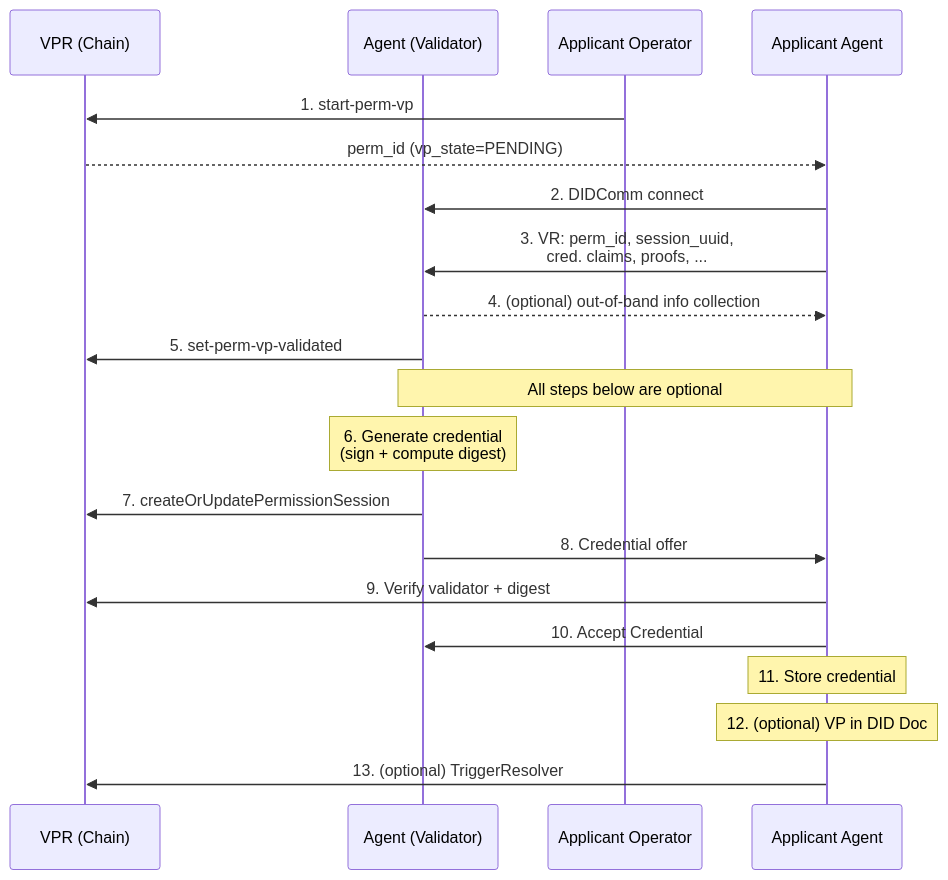
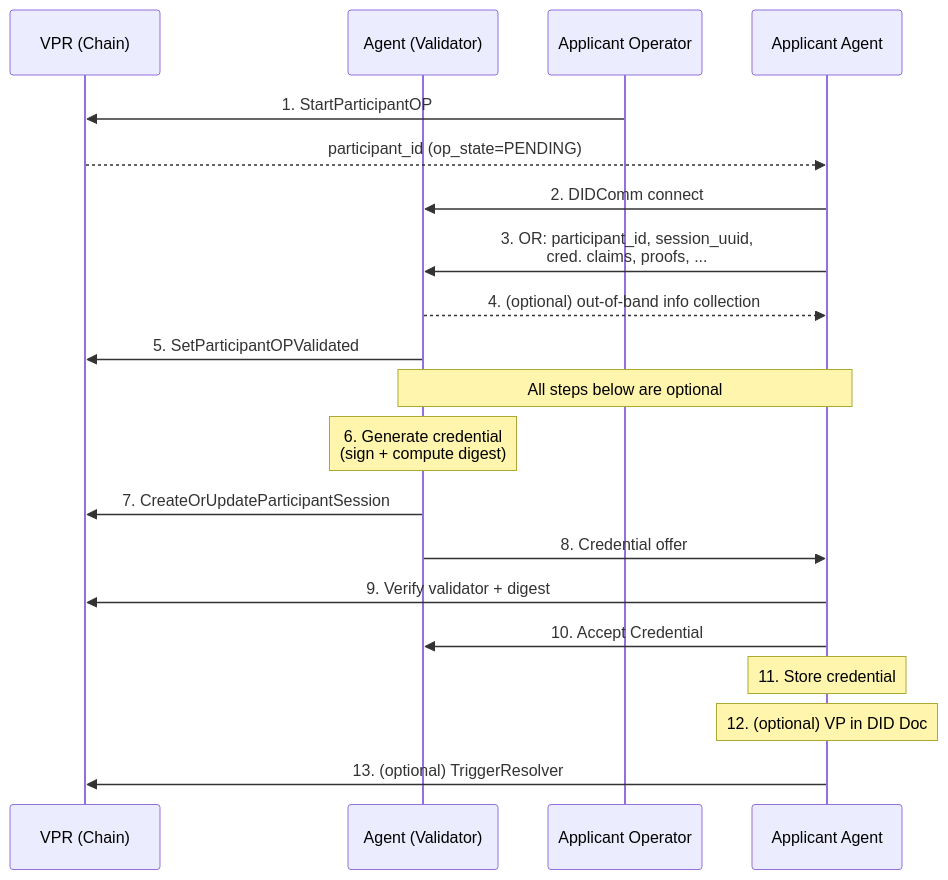
One commit to verana-labs/verana-spec changed the fourth of 10 diagrams in v4/vs-agent/spec.md. Above: the diagram before and after it, drawn with Mermaid. The commit also changed other lines of this file and 3 other files, not shown here.

````diff
--- a/v4/vs-agent/spec.md
+++ b/v4/vs-agent/spec.md
@@ -324,24 +356,24 @@
 ```mermaid
 sequenceDiagram
 
     participant VPR as VPR (Chain)
     participant Validator as Agent (Validator)
 
-    Applicant Operator->>VPR: 1. start-perm-vp
-    VPR-->>Applicant Agent: perm_id (vp_state=PENDING)
+    Applicant Operator->>VPR: 1. StartParticipantOP
+    VPR-->>Applicant Agent: participant_id (op_state=PENDING)
     Applicant Agent->>Validator: 2. DIDComm connect
-    Applicant Agent->>Validator: 3. VR: perm_id, session_uuid,<br/>cred. claims, proofs, ...
+    Applicant Agent->>Validator: 3. OR: participant_id, session_uuid,<br/>cred. claims, proofs, ...
     Validator-->>Applicant Agent: 4. (optional) out-of-band info collection
-    Validator->>VPR: 5. set-perm-vp-validated
+    Validator->>VPR: 5. SetParticipantOPValidated
 
     Note over Applicant Agent,Validator: All steps below are optional
 
     Note over Validator: 6. Generate credential<br/>(sign + compute digest)
-    Validator->>VPR: 7. createOrUpdatePermissionSession
+    Validator->>VPR: 7. CreateOrUpdateParticipantSession
     Validator->>Applicant Agent: 8. Credential offer
     Applicant Agent->>VPR: 9. Verify validator + digest
     Applicant Agent->>Validator: 10. Accept Credential
     Note over Applicant Agent: 11. Store credential
     Note over Applicant Agent: 12. (optional) VP in DID Doc
     Applicant Agent->>VPR: 13. (optional) TriggerResolver
 ```
````
